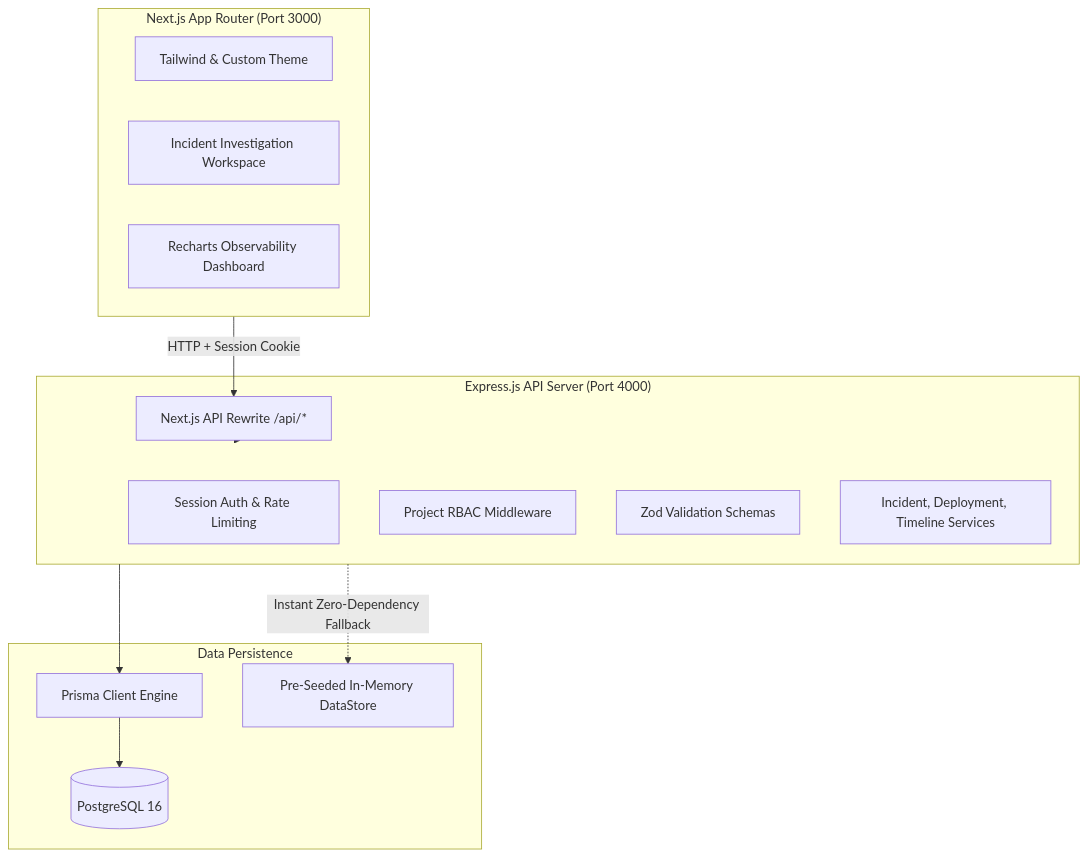
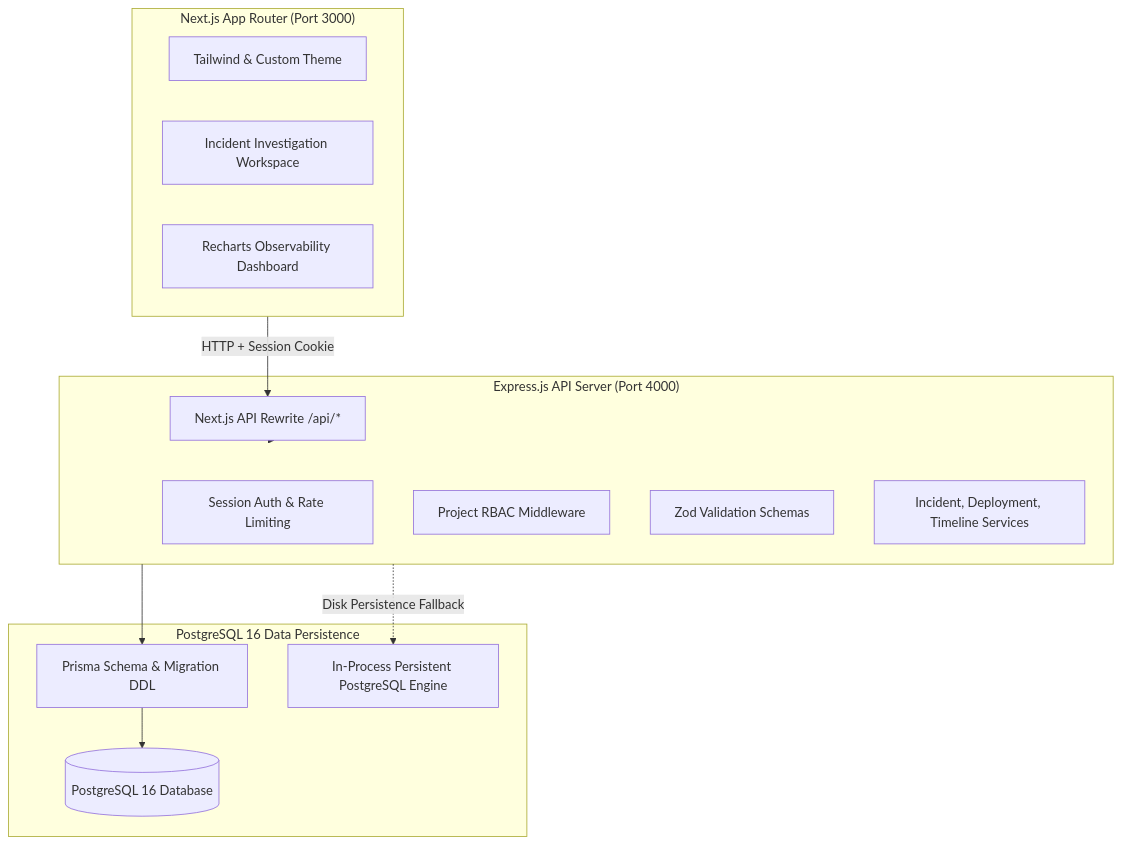
Before and after one commit to S-T-HARINI/VestiNex: the diagram in README.md, drawn with Mermaid. The commit also changed other lines of this file and 29 other files, not shown here.

Commit message:
feat: migrate full persistence to PostgreSQL, resolve concurrency and telemetry conflicts, verify 18/18 tests

````diff
--- a/README.md
+++ b/README.md
@@ -46,28 +46,28 @@
 ```mermaid
 graph TB
     subgraph Client["Next.js App Router (Port 3000)"]
         UI[Tailwind & Custom Theme]
         Workspace[Incident Investigation Workspace]
         Dashboard[Recharts Observability Dashboard]
     end
 
     subgraph Server["Express.js API Server (Port 4000)"]
         Proxy[Next.js API Rewrite /api/*]
         Auth[Session Auth & Rate Limiting]
         RBAC[Project RBAC Middleware]
         Zod[Zod Validation Schemas]
         Services[Incident, Deployment, Timeline Services]
     end
 
-    subgraph DataTier["Data Persistence"]
-        DB[(PostgreSQL 16)]
-        Prisma[Prisma Client Engine]
-        MemoryStore[Pre-Seeded In-Memory DataStore]
+    subgraph DataTier["PostgreSQL 16 Data Persistence"]
+        DB[(PostgreSQL 16 Database)]
+        Prisma[Prisma Schema & Migration DDL]
+        PGlite[In-Process Persistent PostgreSQL Engine]
     end
 
     Client -->|HTTP + Session Cookie| Proxy
     Proxy --> Server
     Server --> Prisma
     Prisma --> DB
-    Server -.->|Instant Zero-Dependency Fallback| MemoryStore
+    Server -.->|Disk Persistence Fallback| PGlite
 ```
````
